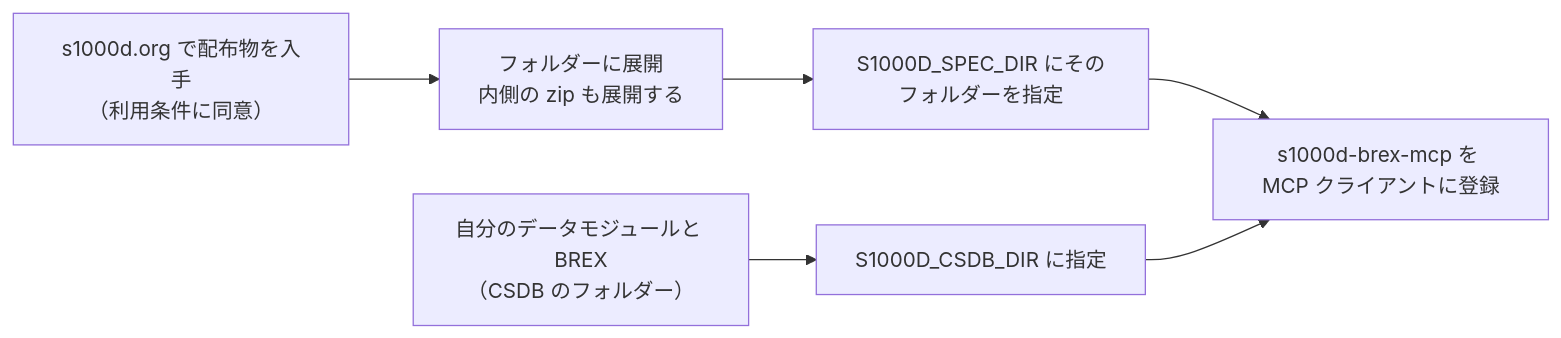
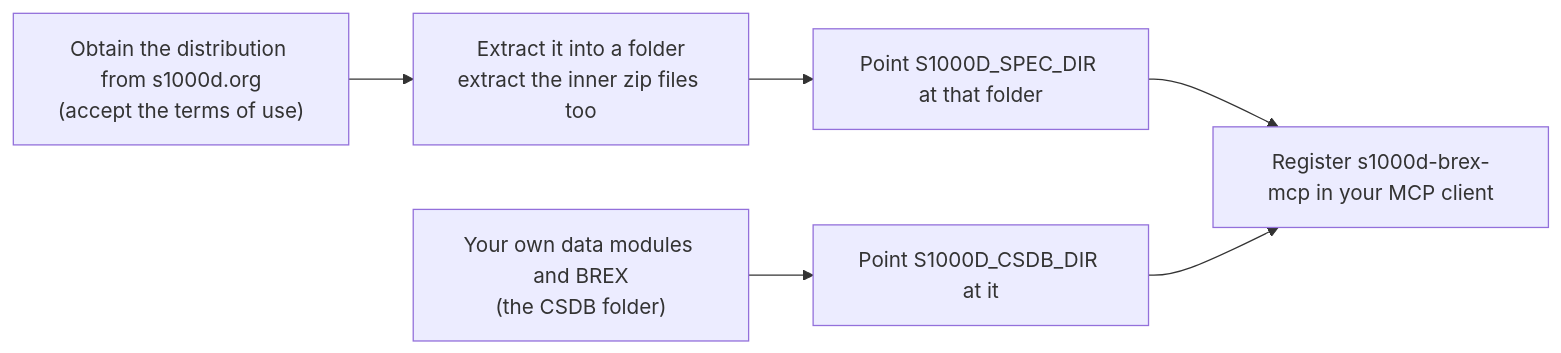
Before and after one commit to shuji-bonji/s1000d-stack: the diagram in site/src/content/docs/guide/getting-started.md, drawn with Mermaid. The commit also changed other lines of this file and 35 other files, not shown here.

````diff
--- a/site/src/content/docs/guide/getting-started.md
+++ b/site/src/content/docs/guide/getting-started.md
@@ -10,8 +10,8 @@
 ```mermaid
 flowchart LR
-  A["s1000d.org で配布物を入手<br/>（利用条件に同意）"] --> B["フォルダーに展開<br/>内側の zip も展開する"]
-  B --> C["S1000D_SPEC_DIR にそのフォルダーを指定"]
-  D["自分のデータモジュールと BREX<br/>（CSDB のフォルダー）"] --> E["S1000D_CSDB_DIR に指定"]
-  C --> F["s1000d-brex-mcp を MCP クライアントに登録"]
+  A["Obtain the distribution from s1000d.org<br/>(accept the terms of use)"] --> B["Extract it into a folder<br/>extract the inner zip files too"]
+  B --> C["Point S1000D_SPEC_DIR at that folder"]
+  D["Your own data modules and BREX<br/>(the CSDB folder)"] --> E["Point S1000D_CSDB_DIR at it"]
+  C --> F["Register s1000d-brex-mcp in your MCP client"]
   E --> F
 ```
````
